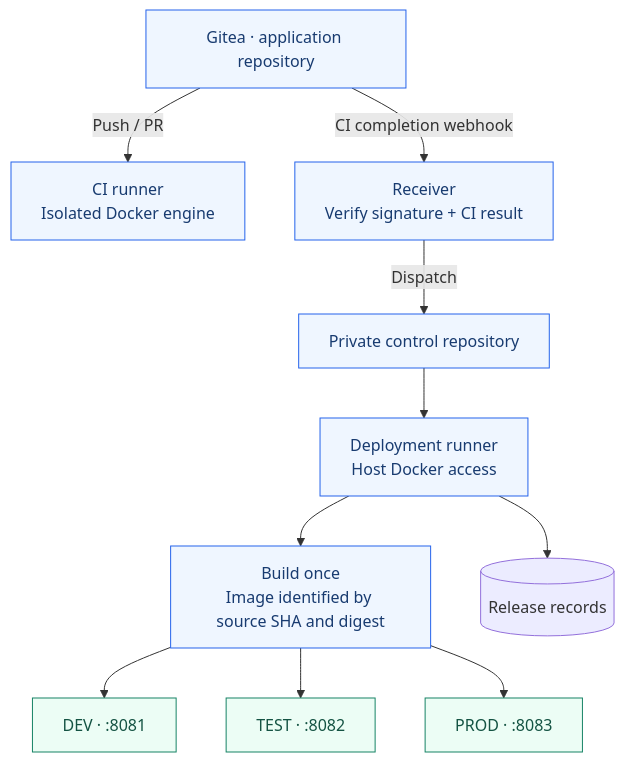
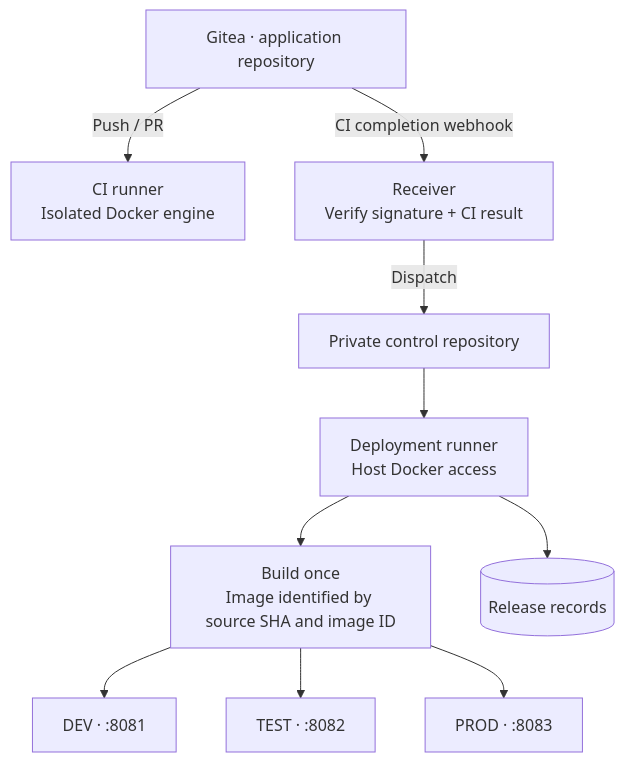
Before and after one commit to Amoladhav/airflow-best-practices: the first of 2 diagrams in README.md, drawn with Mermaid. The commit also changed other lines of this file and 13 other files, not shown here.

````diff
--- a/README.md
+++ b/README.md
@@ -111,16 +105,12 @@
 ```mermaid
 flowchart TB
     app["Gitea · application repository"] -->|"Push / PR"| ci["CI runner<br/>Isolated Docker engine"]
     app -->|"CI completion webhook"| receiver["Receiver<br/>Verify signature + CI result"]
     receiver -->|"Dispatch"| control["Private control repository"]
     control --> deploy["Deployment runner<br/>Host Docker access"]
-    deploy --> image["Build once<br/>Image identified by source SHA and digest"]
+    deploy --> image["Build once<br/>Image identified by source SHA and image ID"]
     image --> dev["DEV · :8081"]
     image --> test["TEST · :8082"]
     image --> prod["PROD · :8083"]
     deploy --> records[("Release records")]
-    classDef runtime fill:#ECFDF5,stroke:#168365,color:#145343;
-    classDef automation fill:#EFF6FF,stroke:#2563EB,color:#183B70;
-    class dev,test,prod runtime;
-    class app,ci,receiver,control,deploy,image automation;
 ```
````
